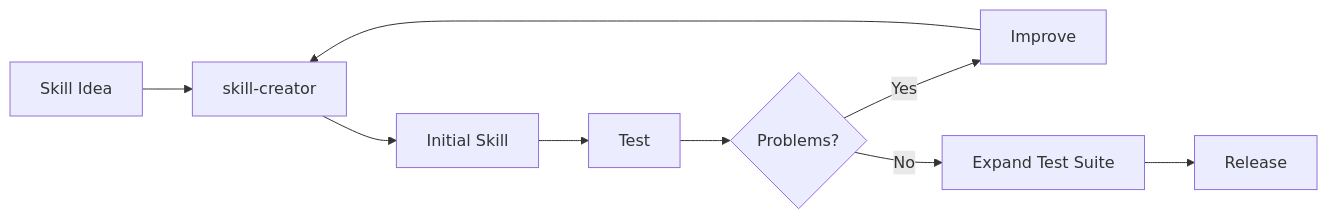
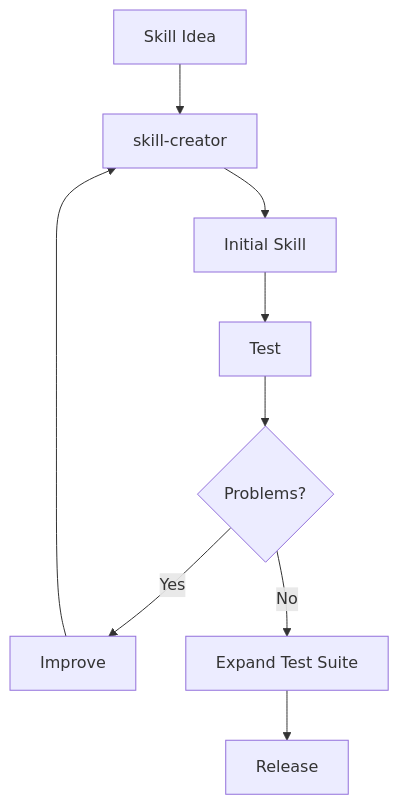
Before and after one commit to Amie-dev/FDE-and-GenAI-Mastery: diagram 12 of 17 in Lecture 23 - Claude Skills/notes/03-testing-iteration-and-evaluation-strategies.md, drawn with Mermaid. The commit also changed other lines of this file and 6 other files, not shown here.

````diff
--- a/Lecture 23 - Claude Skills/notes/03-testing-iteration-and-evaluation-strategies.md
+++ b/Lecture 23 - Claude Skills/notes/03-testing-iteration-and-evaluation-strategies.md
@@ -589,11 +669,11 @@
 ```mermaid
-flowchart LR
+flowchart TB
     A["Skill Idea"] --> B["skill-creator"]
     B --> C["Initial Skill"]
     C --> D["Test"]
     D --> E{"Problems?"}
     E -->|Yes| F["Improve"]
     F --> B
     E -->|No| G["Expand Test Suite"]
     G --> H["Release"]
 ```
````
